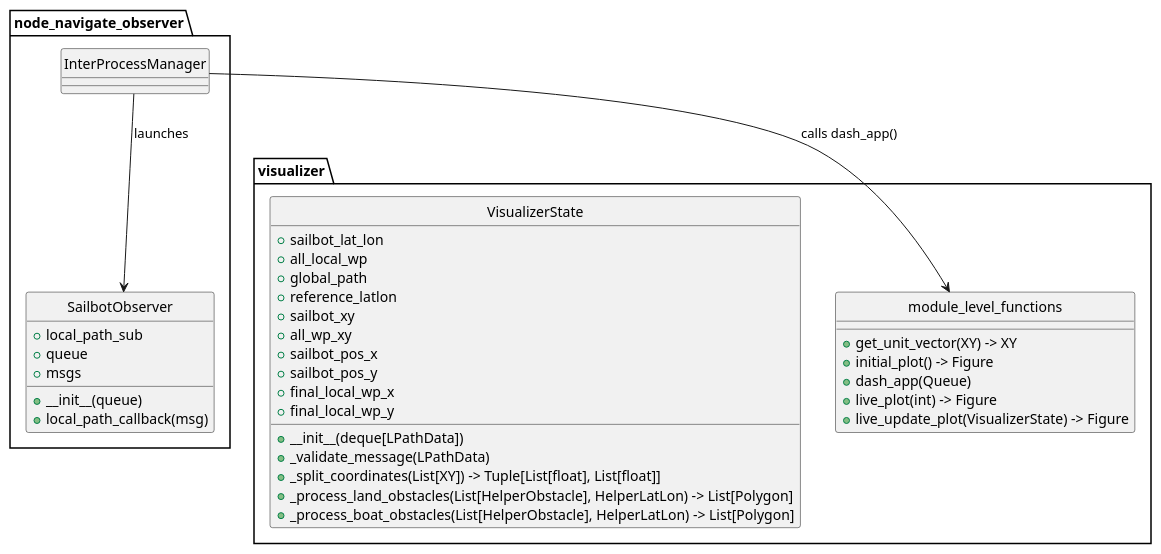
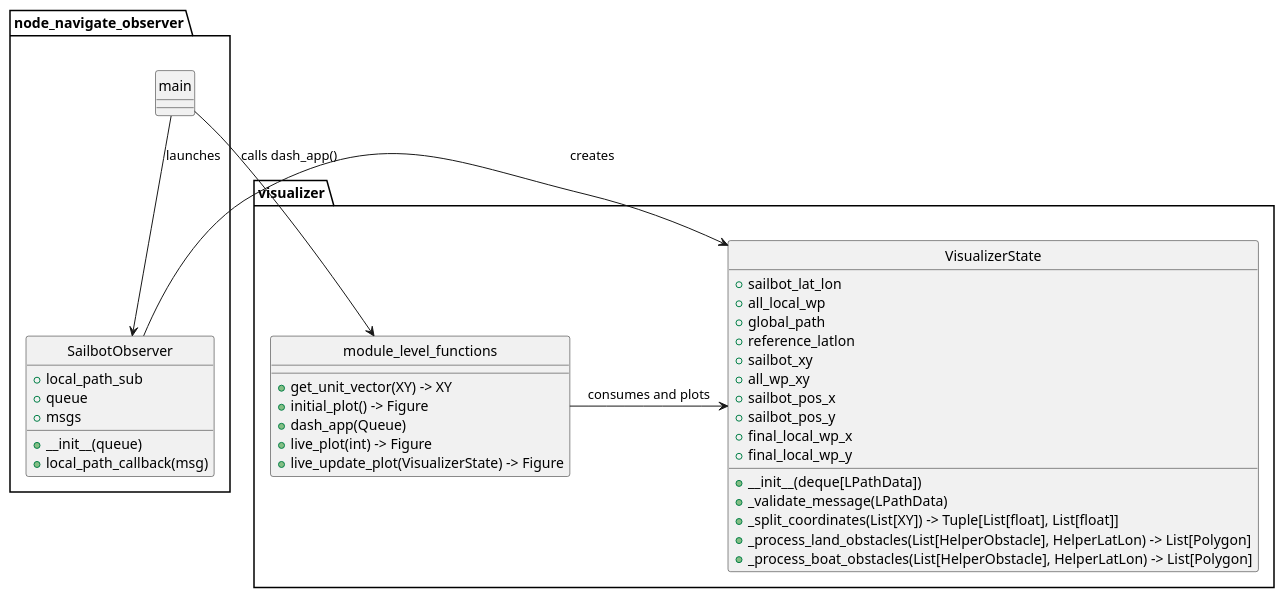
Before and after one commit to UBCSailbot/sailbot_workspace: the diagram in diagrams/src/local_pathfinding/visualizer_uml.puml, drawn with PlantUML. The commit also changed 1 other file, not shown here.

Commit message:
fixed overwrite of seq diagram

```diff
--- a/diagrams/src/local_pathfinding/visualizer_uml.puml
+++ b/diagrams/src/local_pathfinding/visualizer_uml.puml
@@ -1,48 +1,48 @@
 @startuml
 
 skinparam style strictuml
 
 class node_navigate_observer.SailbotObserver {
     + local_path_sub
     + queue
     + msgs
     + __init__(queue)
     + local_path_callback(msg)
 
 }
 
 class visualizer.module_level_functions {
     + get_unit_vector(XY) -> XY
     + initial_plot() -> Figure
     + dash_app(Queue)
     + live_plot(int) -> Figure
     + live_update_plot(VisualizerState) -> Figure
 
 }
 
 class visualizer.VisualizerState {
     + sailbot_lat_lon
     + all_local_wp
     + global_path
     + reference_latlon
     + sailbot_xy
     + all_wp_xy
     + sailbot_pos_x
     + sailbot_pos_y
     + final_local_wp_x
     + final_local_wp_y
     + __init__(deque[LPathData])
     + _validate_message(LPathData)
     + _split_coordinates(List[XY]) -> Tuple[List[float], List[float]]
     + _process_land_obstacles(List[HelperObstacle], HelperLatLon) -> List[Polygon]
     + _process_boat_obstacles(List[HelperObstacle], HelperLatLon) -> List[Polygon]
 }
 
-class node_navigate_observer.InterProcessManager {
+class node_navigate_observer.main {
 }
 
-
-
-node_navigate_observer.InterProcessManager --> visualizer.module_level_functions: calls dash_app()
-node_navigate_observer.InterProcessManager --> SailbotObserver: launches
+node_navigate_observer.main --> visualizer.module_level_functions: calls dash_app()
+node_navigate_observer.main --> SailbotObserver: launches
+node_navigate_observer.SailbotObserver -> visualizer.VisualizerState: creates
+visualizer.module_level_functions -> visualizer.VisualizerState: consumes and plots
 @enduml
```
